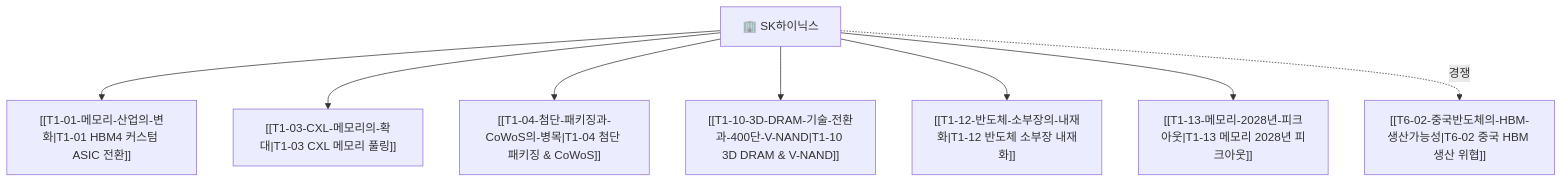
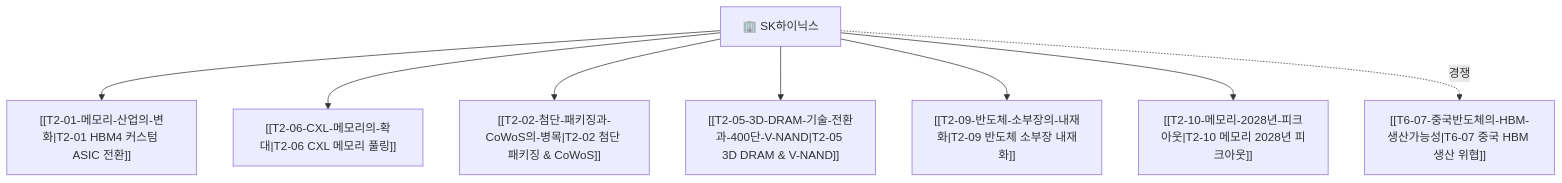
One commit to zoofighter/b_0901_Argus_pulse changed the diagram in thesis/Company-SK하이닉스.md. Above: the diagram before and after it, drawn with Mermaid. The commit also changed other lines of this file and 177 other files, not shown here.

````diff
--- a/thesis/Company-SK하이닉스.md
+++ b/thesis/Company-SK하이닉스.md
@@ -27,10 +27,10 @@
 ```mermaid
 graph TD
-    SK["🏢 SK하이닉스"] --> T02["[[T1-01-메모리-산업의-변화|T1-01 HBM4 커스텀 ASIC 전환]]"]
-    SK --> T07["[[T1-03-CXL-메모리의-확대|T1-03 CXL 메모리 풀링]]"]
-    SK --> T10["[[T1-04-첨단-패키징과-CoWoS의-병목|T1-04 첨단 패키징 & CoWoS]]"]
-    SK --> T28["[[T1-10-3D-DRAM-기술-전환과-400단-V-NAND|T1-10 3D DRAM & V-NAND]]"]
-    SK --> T33["[[T1-12-반도체-소부장의-내재화|T1-12 반도체 소부장 내재화]]"]
-    SK --> T35["[[T1-13-메모리-2028년-피크아웃|T1-13 메모리 2028년 피크아웃]]"]
-    SK -. 경쟁 .-> T36["[[T6-02-중국반도체의-HBM-생산가능성|T6-02 중국 HBM 생산 위협]]"]
+    SK["🏢 SK하이닉스"] --> T02["[[T2-01-메모리-산업의-변화|T2-01 HBM4 커스텀 ASIC 전환]]"]
+    SK --> T07["[[T2-06-CXL-메모리의-확대|T2-06 CXL 메모리 풀링]]"]
+    SK --> T10["[[T2-02-첨단-패키징과-CoWoS의-병목|T2-02 첨단 패키징 & CoWoS]]"]
+    SK --> T28["[[T2-05-3D-DRAM-기술-전환과-400단-V-NAND|T2-05 3D DRAM & V-NAND]]"]
+    SK --> T33["[[T2-09-반도체-소부장의-내재화|T2-09 반도체 소부장 내재화]]"]
+    SK --> T35["[[T2-10-메모리-2028년-피크아웃|T2-10 메모리 2028년 피크아웃]]"]
+    SK -. 경쟁 .-> T36["[[T6-07-중국반도체의-HBM-생산가능성|T6-07 중국 HBM 생산 위협]]"]
 ```
````
